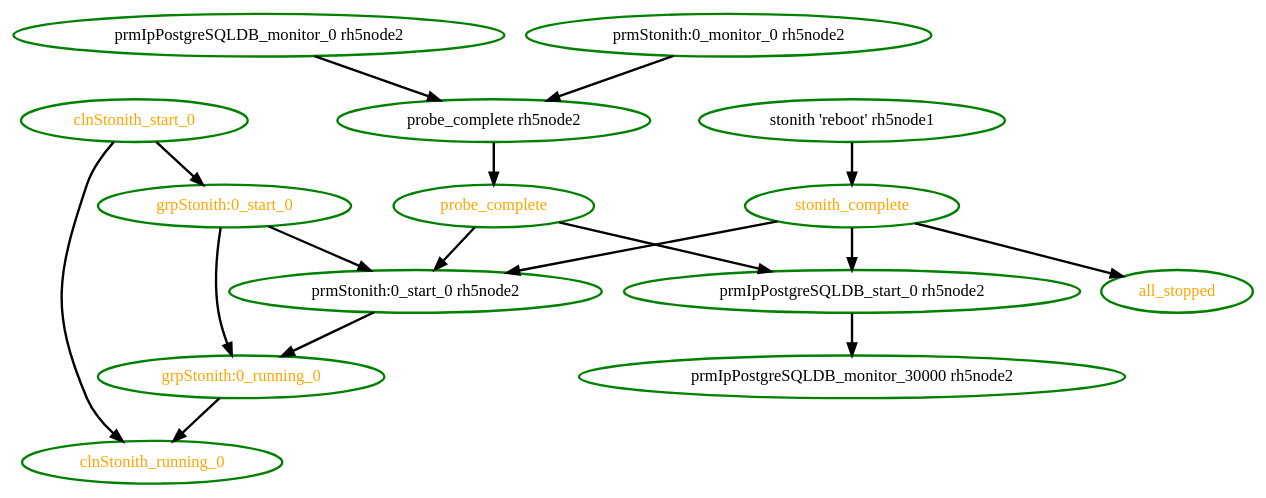
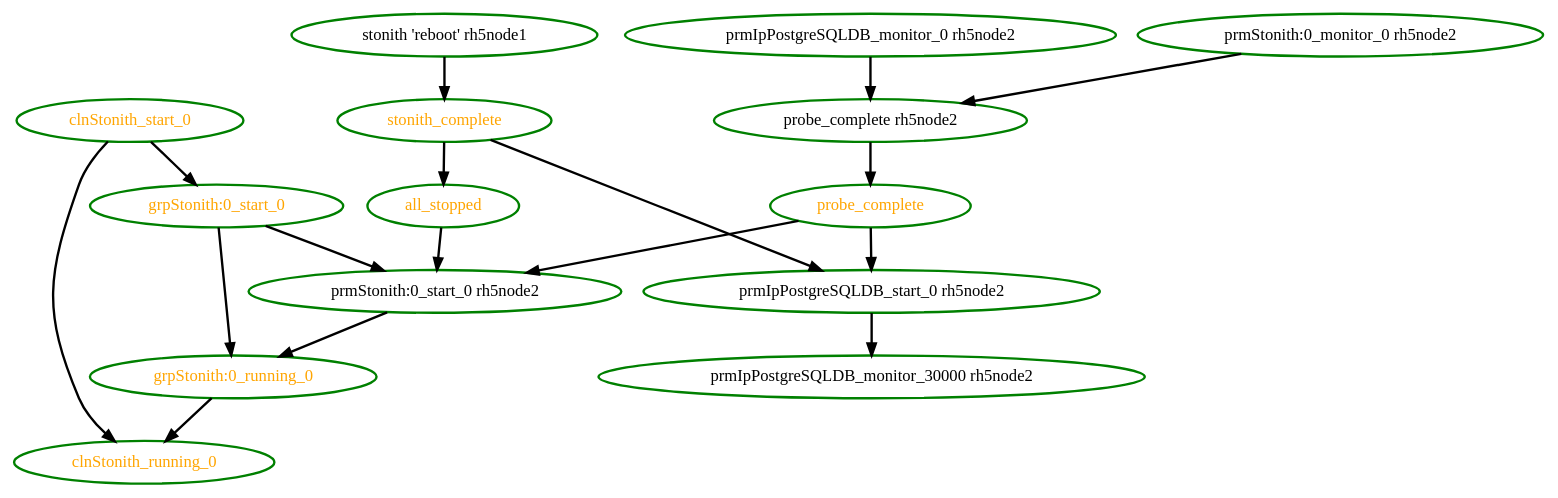
One commit to ClusterLabs/pacemaker changed the diagram in pengine/test10/stonith-3.dot. Above: the diagram before and after it, drawn with Graphviz. The commit also changed 44 other files, not shown here.

```diff
--- a/pengine/test10/stonith-3.dot
+++ b/pengine/test10/stonith-3.dot
@@ -1,32 +1,32 @@
 digraph "g" {
+"all_stopped" -> "prmStonith:0_start_0 rh5node2" [ style = bold]
 "all_stopped" [ style=bold color="green" fontcolor="orange" ]
 "clnStonith_running_0" [ style=bold color="green" fontcolor="orange" ]
 "clnStonith_start_0" -> "clnStonith_running_0" [ style = bold]
 "clnStonith_start_0" -> "grpStonith:0_start_0" [ style = bold]
 "clnStonith_start_0" [ style=bold color="green" fontcolor="orange" ]
 "grpStonith:0_running_0" -> "clnStonith_running_0" [ style = bold]
 "grpStonith:0_running_0" [ style=bold color="green" fontcolor="orange" ]
 "grpStonith:0_start_0" -> "grpStonith:0_running_0" [ style = bold]
 "grpStonith:0_start_0" -> "prmStonith:0_start_0 rh5node2" [ style = bold]
 "grpStonith:0_start_0" [ style=bold color="green" fontcolor="orange" ]
 "prmIpPostgreSQLDB_monitor_0 rh5node2" -> "probe_complete rh5node2" [ style = bold]
 "prmIpPostgreSQLDB_monitor_0 rh5node2" [ style=bold color="green" fontcolor="black" ]
 "prmIpPostgreSQLDB_monitor_30000 rh5node2" [ style=bold color="green" fontcolor="black" ]
 "prmIpPostgreSQLDB_start_0 rh5node2" -> "prmIpPostgreSQLDB_monitor_30000 rh5node2" [ style = bold]
 "prmIpPostgreSQLDB_start_0 rh5node2" [ style=bold color="green" fontcolor="black" ]
 "prmStonith:0_monitor_0 rh5node2" -> "probe_complete rh5node2" [ style = bold]
 "prmStonith:0_monitor_0 rh5node2" [ style=bold color="green" fontcolor="black" ]
 "prmStonith:0_start_0 rh5node2" -> "grpStonith:0_running_0" [ style = bold]
 "prmStonith:0_start_0 rh5node2" [ style=bold color="green" fontcolor="black" ]
 "probe_complete rh5node2" -> "probe_complete" [ style = bold]
 "probe_complete rh5node2" [ style=bold color="green" fontcolor="black" ]
 "probe_complete" -> "prmIpPostgreSQLDB_start_0 rh5node2" [ style = bold]
 "probe_complete" -> "prmStonith:0_start_0 rh5node2" [ style = bold]
 "probe_complete" [ style=bold color="green" fontcolor="orange" ]
 "stonith 'reboot' rh5node1" -> "stonith_complete" [ style = bold]
 "stonith 'reboot' rh5node1" [ style=bold color="green" fontcolor="black"]
 "stonith_complete" -> "all_stopped" [ style = bold]
 "stonith_complete" -> "prmIpPostgreSQLDB_start_0 rh5node2" [ style = bold]
-"stonith_complete" -> "prmStonith:0_start_0 rh5node2" [ style = bold]
 "stonith_complete" [ style=bold color="green" fontcolor="orange" ]
 }
```
